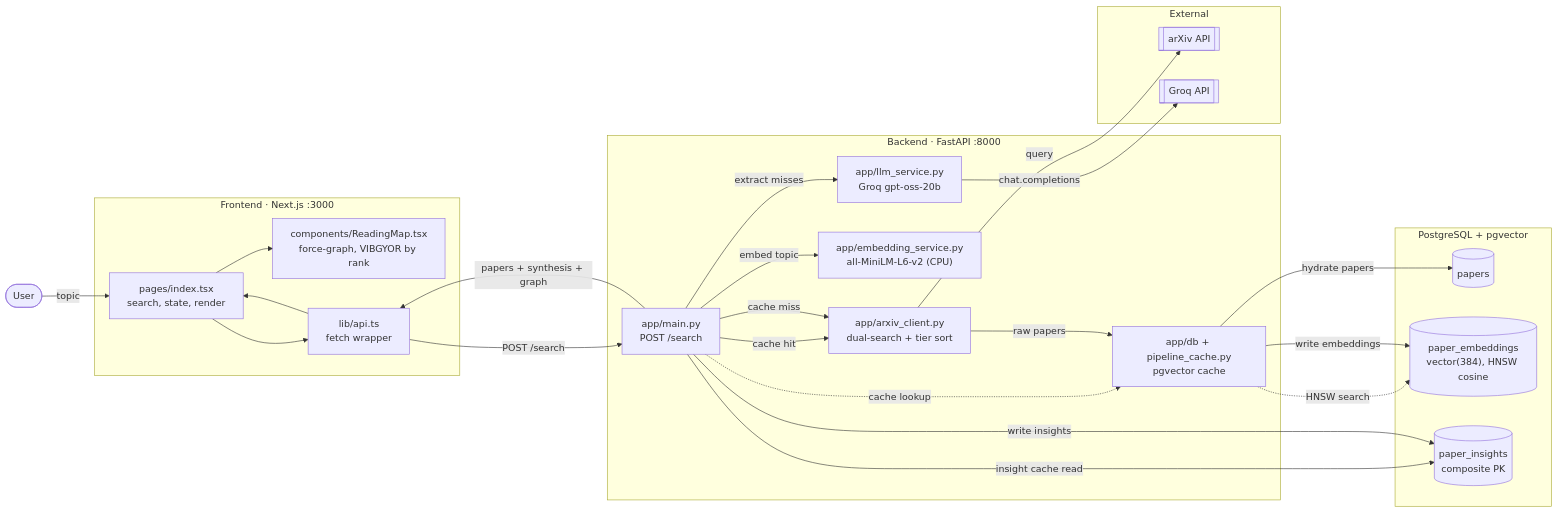
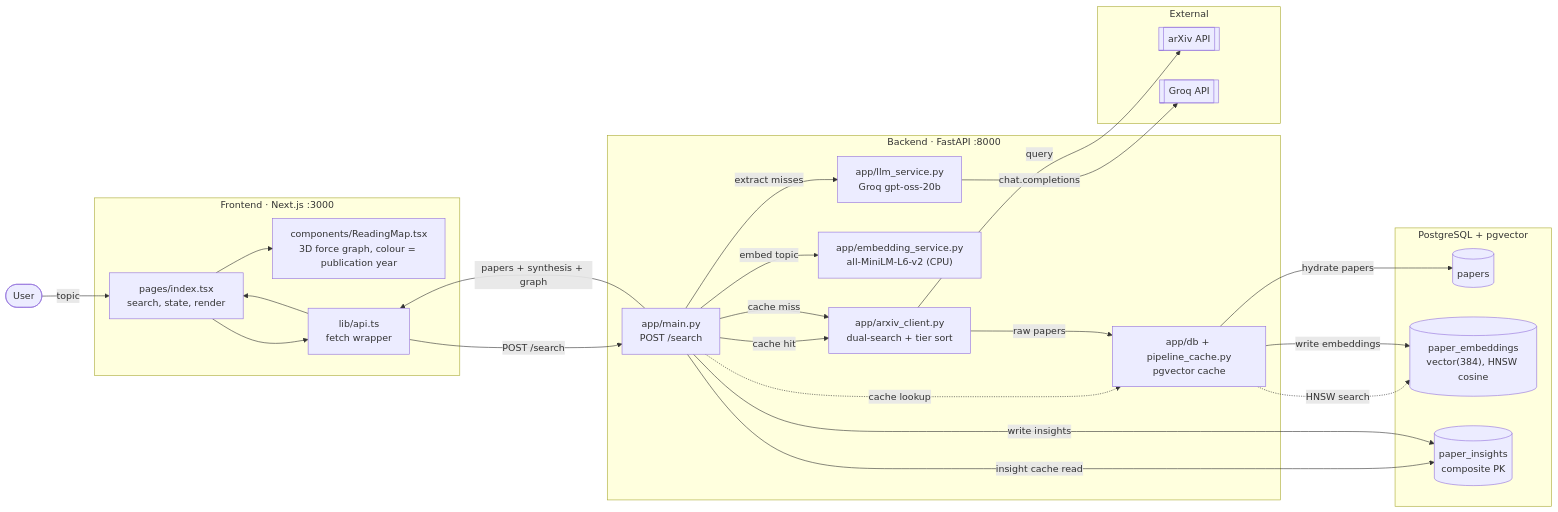
Before and after one commit to SKARAlpha0407/BTP_SEM_07: the first of 5 diagrams in REPORT.md, drawn with Mermaid. The commit also changed other lines of this file and 10 other files, not shown here.

````diff
--- a/REPORT.md
+++ b/REPORT.md
@@ -10,45 +10,45 @@
 ```mermaid
 flowchart LR
     U([User])
     subgraph FE["Frontend · Next.js :3000"]
         IDX["pages/index.tsx<br/>search, state, render"]
-        RM["components/ReadingMap.tsx<br/>force-graph, VIBGYOR by rank"]
+        RM["components/ReadingMap.tsx<br/>3D force graph, colour = publication year"]
         API["lib/api.ts<br/>fetch wrapper"]
     end
     subgraph BE["Backend · FastAPI :8000"]
         MAIN["app/main.py<br/>POST /search"]
         ARX["app/arxiv_client.py<br/>dual-search + tier sort"]
         EMB["app/embedding_service.py<br/>all-MiniLM-L6-v2 (CPU)"]
         LLM["app/llm_service.py<br/>Groq gpt-oss-20b"]
         CACHE["app/db + pipeline_cache.py<br/>pgvector cache"]
     end
     subgraph DB["PostgreSQL + pgvector"]
         PAPERS[("papers")]
         EMBEDS[("paper_embeddings<br/>vector(384), HNSW cosine")]
         INSIGHTS[("paper_insights<br/>composite PK")]
     end
     subgraph EXT["External"]
         ARXAPI[["arXiv API"]]
         GROQ[["Groq API"]]
     end
 
     U -->|topic| IDX
     IDX --> API
     API -->|POST /search| MAIN
     MAIN -->|embed topic| EMB
     MAIN -.->|cache lookup| CACHE
     CACHE -.->|HNSW search| EMBEDS
     CACHE -->|hydrate papers| PAPERS
     MAIN -->|cache hit| ARX
     MAIN -->|cache miss| ARX
     ARX -->|query| ARXAPI
     ARX -->|raw papers| CACHE
     CACHE -->|write embeddings| EMBEDS
     MAIN -->|insight cache read| INSIGHTS
     MAIN -->|extract misses| LLM
     LLM -->|chat.completions| GROQ
     MAIN -->|write insights| INSIGHTS
     MAIN -->|papers + synthesis + graph| API
     API --> IDX
     IDX --> RM
 ```
````
